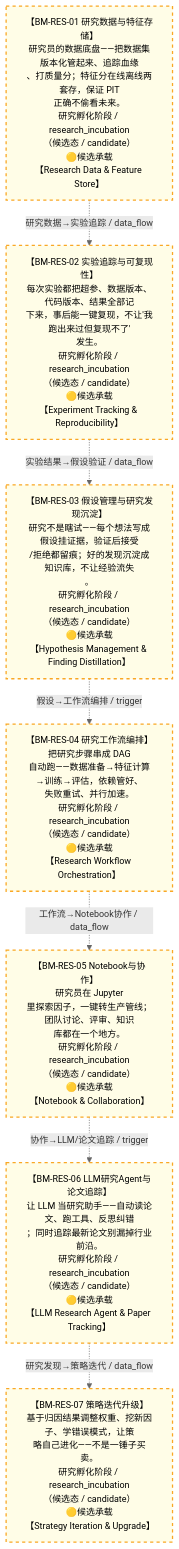
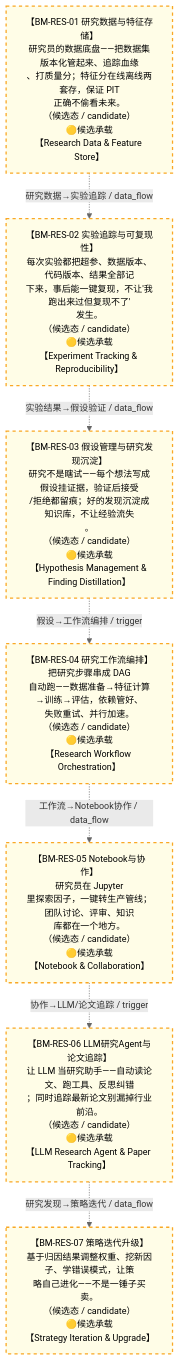
The diagram in docs/02_enterprise_architecture/07_trading_decision_architecture/battle_map/battle_map_01_research_incubation.md (xuanFelixVan/ZephyrAlpha), drawn with Mermaid before and after one commit. The commit also changed 173 other files, not shown here.

````diff
--- a/docs/02_enterprise_architecture/07_trading_decision_architecture/battle_map/battle_map_01_research_incubation.md
+++ b/docs/02_enterprise_architecture/07_trading_decision_architecture/battle_map/battle_map_01_research_incubation.md
@@ -38,24 +38,24 @@
 ```mermaid
 %%{init: {'theme': 'base', 'themeVariables': {'primaryColor': '#eaeaea', 'primaryTextColor': '#333333', 'primaryBorderColor': '#666666', 'lineColor': '#666666', 'secondaryColor': '#eaeaea', 'tertiaryColor': '#eaeaea', 'clusterBkg': 'transparent', 'clusterBorder': 'transparent', 'fontSize': '14px'}}}%%
 %% 研究孵化阶段图
 flowchart TD
-    BM_RES_01["【BM-RES-01 研究数据与特征存储】<br/>研究员的数据底盘——把数据集版本化管起来、追踪血缘<br/>、打质量分；特征分在线离线两套存，保证 PIT<br/>正确不偷看未来。<br/>研究孵化阶段 / research_incubation<br/>（候选态 / candidate）<br/>🟡候选承载<br/>【Research Data &amp; Feature Store】"]
-    BM_RES_02["【BM-RES-02 实验追踪与可复现性】<br/>每次实验都把超参、数据版本、代码版本、结果全部记<br/>下来，事后能一键复现，不让'我跑出来过但复现不了'<br/>发生。<br/>研究孵化阶段 / research_incubation<br/>（候选态 / candidate）<br/>🟡候选承载<br/>【Experiment Tracking &amp; Reproducibility】"]
-    BM_RES_03["【BM-RES-03 假设管理与研究发现沉淀】<br/>研究不是瞎试——每个想法写成假设挂证据，验证后接受<br/>/拒绝都留痕；好的发现沉淀成知识库，不让经验流失<br/>。<br/>研究孵化阶段 / research_incubation<br/>（候选态 / candidate）<br/>🟡候选承载<br/>【Hypothesis Management &amp; Finding Distillation】"]
-    BM_RES_04["【BM-RES-04 研究工作流编排】<br/>把研究步骤串成 DAG<br/>自动跑——数据准备→特征计算→训练→评估，依赖管好、<br/>失败重试、并行加速。<br/>研究孵化阶段 / research_incubation<br/>（候选态 / candidate）<br/>🟡候选承载<br/>【Research Workflow Orchestration】"]
-    BM_RES_05["【BM-RES-05 Notebook与协作】<br/>研究员在 Jupyter<br/>里探索因子，一键转生产管线；团队讨论、评审、知识<br/>库都在一个地方。<br/>研究孵化阶段 / research_incubation<br/>（候选态 / candidate）<br/>🟡候选承载<br/>【Notebook &amp; Collaboration】"]
-    BM_RES_06["【BM-RES-06 LLM研究Agent与论文追踪】<br/>让 LLM 当研究助手——自动读论文、跑工具、反思纠错<br/>；同时追踪最新论文别漏掉行业前沿。<br/>研究孵化阶段 / research_incubation<br/>（候选态 / candidate）<br/>🟡候选承载<br/>【LLM Research Agent &amp; Paper Tracking】"]
-    BM_RES_07["【BM-RES-07 策略迭代升级】<br/>基于归因结果调整权重、挖新因子、学错误模式，让策<br/>略自己进化——不是一锤子买卖。<br/>研究孵化阶段 / research_incubation<br/>（候选态 / candidate）<br/>🟡候选承载<br/>【Strategy Iteration &amp; Upgrade】"]
+    BM_RES_01["【BM-RES-01 研究数据与特征存储】<br/>研究员的数据底盘——把数据集版本化管起来、追踪血缘<br/>、打质量分；特征分在线离线两套存，保证 PIT<br/>正确不偷看未来。<br/>（候选态 / candidate）<br/>🟡候选承载<br/>【Research Data &amp; Feature Store】"]
+    BM_RES_02["【BM-RES-02 实验追踪与可复现性】<br/>每次实验都把超参、数据版本、代码版本、结果全部记<br/>下来，事后能一键复现，不让'我跑出来过但复现不了'<br/>发生。<br/>（候选态 / candidate）<br/>🟡候选承载<br/>【Experiment Tracking &amp; Reproducibility】"]
+    BM_RES_03["【BM-RES-03 假设管理与研究发现沉淀】<br/>研究不是瞎试——每个想法写成假设挂证据，验证后接受<br/>/拒绝都留痕；好的发现沉淀成知识库，不让经验流失<br/>。<br/>（候选态 / candidate）<br/>🟡候选承载<br/>【Hypothesis Management &amp; Finding Distillation】"]
+    BM_RES_04["【BM-RES-04 研究工作流编排】<br/>把研究步骤串成 DAG<br/>自动跑——数据准备→特征计算→训练→评估，依赖管好、<br/>失败重试、并行加速。<br/>（候选态 / candidate）<br/>🟡候选承载<br/>【Research Workflow Orchestration】"]
+    BM_RES_05["【BM-RES-05 Notebook与协作】<br/>研究员在 Jupyter<br/>里探索因子，一键转生产管线；团队讨论、评审、知识<br/>库都在一个地方。<br/>（候选态 / candidate）<br/>🟡候选承载<br/>【Notebook &amp; Collaboration】"]
+    BM_RES_06["【BM-RES-06 LLM研究Agent与论文追踪】<br/>让 LLM 当研究助手——自动读论文、跑工具、反思纠错<br/>；同时追踪最新论文别漏掉行业前沿。<br/>（候选态 / candidate）<br/>🟡候选承载<br/>【LLM Research Agent &amp; Paper Tracking】"]
+    BM_RES_07["【BM-RES-07 策略迭代升级】<br/>基于归因结果调整权重、挖新因子、学错误模式，让策<br/>略自己进化——不是一锤子买卖。<br/>（候选态 / candidate）<br/>🟡候选承载<br/>【Strategy Iteration &amp; Upgrade】"]
     BM_RES_01 -.->|研究数据→实验追踪 / data_flow| BM_RES_02
     BM_RES_02 -.->|实验结果→假设验证 / data_flow| BM_RES_03
     BM_RES_03 -.->|假设→工作流编排 / trigger| BM_RES_04
     BM_RES_04 -.->|工作流→Notebook协作 / data_flow| BM_RES_05
     BM_RES_05 -.->|协作→LLM/论文追踪 / trigger| BM_RES_06
     BM_RES_06 -.->|研究发现→策略迭代 / data_flow| BM_RES_07
 classDef production fill:#e1f5fe,stroke:#01579b,stroke-width:2px,color:#000
 classDef design fill:#fff3e0,stroke:#e65100,stroke-width:2px,color:#000,stroke-dasharray: 5 5
 classDef deprecated fill:#ffebee,stroke:#c62828,stroke-width:2px,color:#000
 classDef missing fill:#eeeeee,stroke:#9e9e9e,stroke-width:2px,color:#000
 classDef candidate fill:#fffde7,stroke:#f9a825,stroke-width:2px,color:#000,stroke-dasharray: 5 5
     class BM_RES_01,BM_RES_02,BM_RES_03,BM_RES_04,BM_RES_05,BM_RES_06,BM_RES_07 candidate
 ```
````
